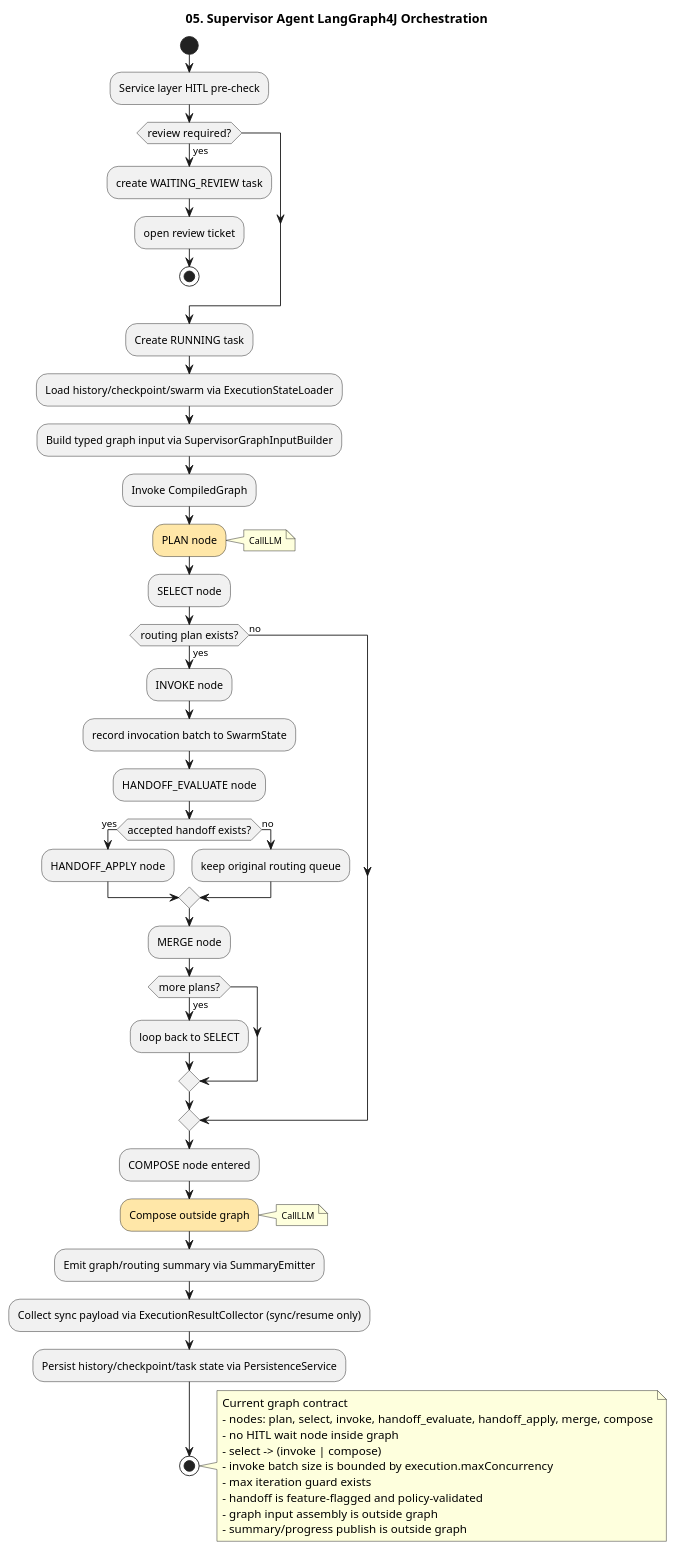
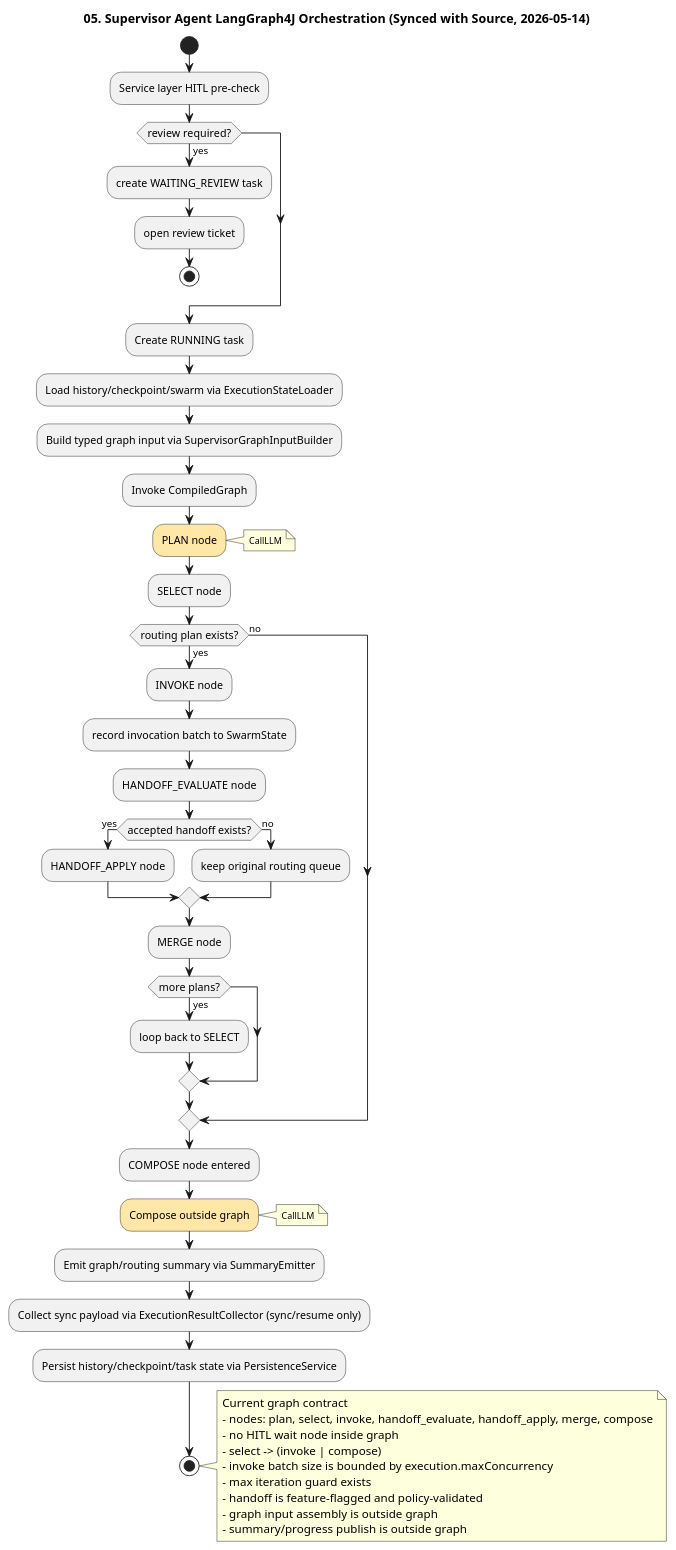
Before and after one commit to kim57uak/spring-ai: the diagram in documents/a2a-host_agent-architecture/05-langgraph-orchestration.puml, drawn with PlantUML. The commit also changed 139 other files, not shown here.

```diff
--- a/documents/a2a-host_agent-architecture/05-langgraph-orchestration.puml
+++ b/documents/a2a-host_agent-architecture/05-langgraph-orchestration.puml
@@ -1,67 +1,67 @@
 @startuml
 !pragma layout smetana
-title 05. Supervisor Agent LangGraph4J Orchestration
+title 05. Supervisor Agent LangGraph4J Orchestration (Synced with Source, 2026-05-14)
 
 skinparam shadowing false
 skinparam linetype ortho
 skinparam ActivityDiamondFontSize 12
 
 start
 
 :Service layer HITL pre-check;
 if (review required?) then (yes)
   :create WAITING_REVIEW task;
   :open review ticket;
   stop
 endif
 
 :Create RUNNING task;
 :Load history/checkpoint/swarm via ExecutionStateLoader;
 :Build typed graph input via SupervisorGraphInputBuilder;
 :Invoke CompiledGraph;
 
 #FFE7A8:PLAN node;
 note right
 <size:10>CallLLM</size>
 end note
 
 :SELECT node;
 if (routing plan exists?) then (yes)
   :INVOKE node;
   :record invocation batch to SwarmState;
   :HANDOFF_EVALUATE node;
   if (accepted handoff exists?) then (yes)
     :HANDOFF_APPLY node;
   else (no)
     :keep original routing queue;
   endif
   :MERGE node;
   if (more plans?) then (yes)
     :loop back to SELECT;
   endif
 else (no)
 endif
 
 :COMPOSE node entered;
 #FFE7A8:Compose outside graph;
 note right
 <size:10>CallLLM</size>
 end note
 :Emit graph/routing summary via SummaryEmitter;
 :Collect sync payload via ExecutionResultCollector (sync/resume only);
 :Persist history/checkpoint/task state via PersistenceService;
 
 stop
 
 note right
 Current graph contract
 - nodes: plan, select, invoke, handoff_evaluate, handoff_apply, merge, compose
 - no HITL wait node inside graph
 - select -> (invoke | compose)
 - invoke batch size is bounded by execution.maxConcurrency
 - max iteration guard exists
 - handoff is feature-flagged and policy-validated
 - graph input assembly is outside graph
 - summary/progress publish is outside graph
 end note
 @enduml
```
